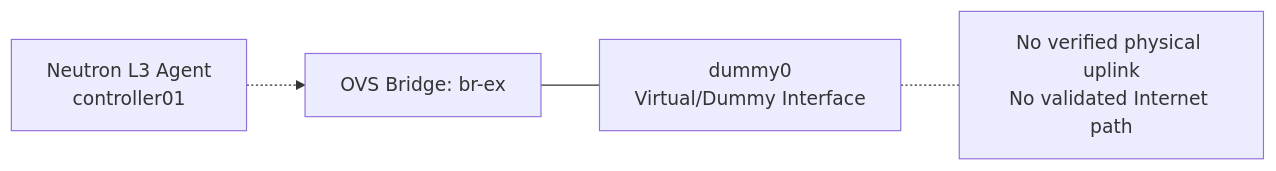
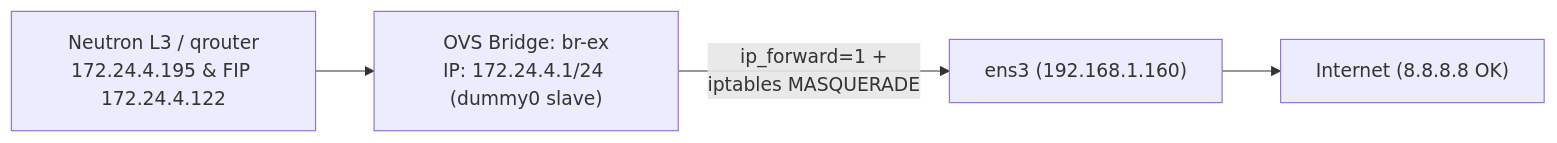
One commit to ronnakrit303/CS223-TermProject changed the fifth of 9 diagrams in docs/02-architecture.md. Above: the diagram before and after it, drawn with Mermaid. The commit also changed other lines of this file and 13 other files, not shown here.

````diff
--- a/docs/02-architecture.md
+++ b/docs/02-architecture.md
@@ -326,6 +322,5 @@
 ```mermaid
 flowchart LR
-    L3["Neutron L3 Agent<br/>controller01"] -.-> B["OVS Bridge: br-ex"]
-    B --- D["dummy0<br/>Virtual/Dummy Interface"]
-    D -.- X["No verified physical uplink<br/>No validated Internet path"]
+    L3["Neutron L3 / qrouter<br/>172.24.4.195 & FIP 172.24.4.122"] --> B["OVS Bridge: br-ex<br/>IP: 172.24.4.1/24 (dummy0 slave)"]
+    B -->|"ip_forward=1 +<br/>iptables MASQUERADE"| E["ens3 (192.168.1.160)"] --> INET["Internet (8.8.8.8 OK)"]
 ```
````
